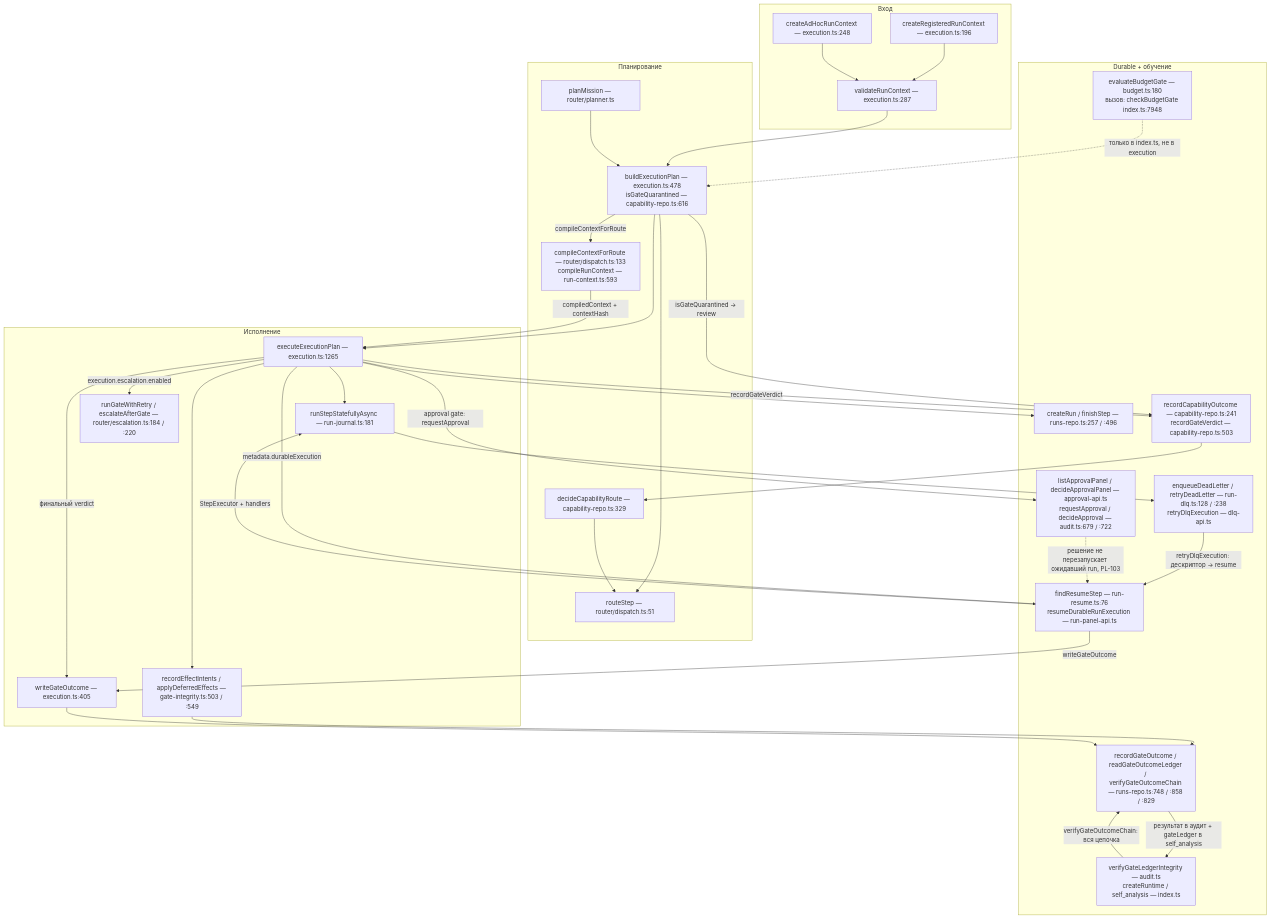
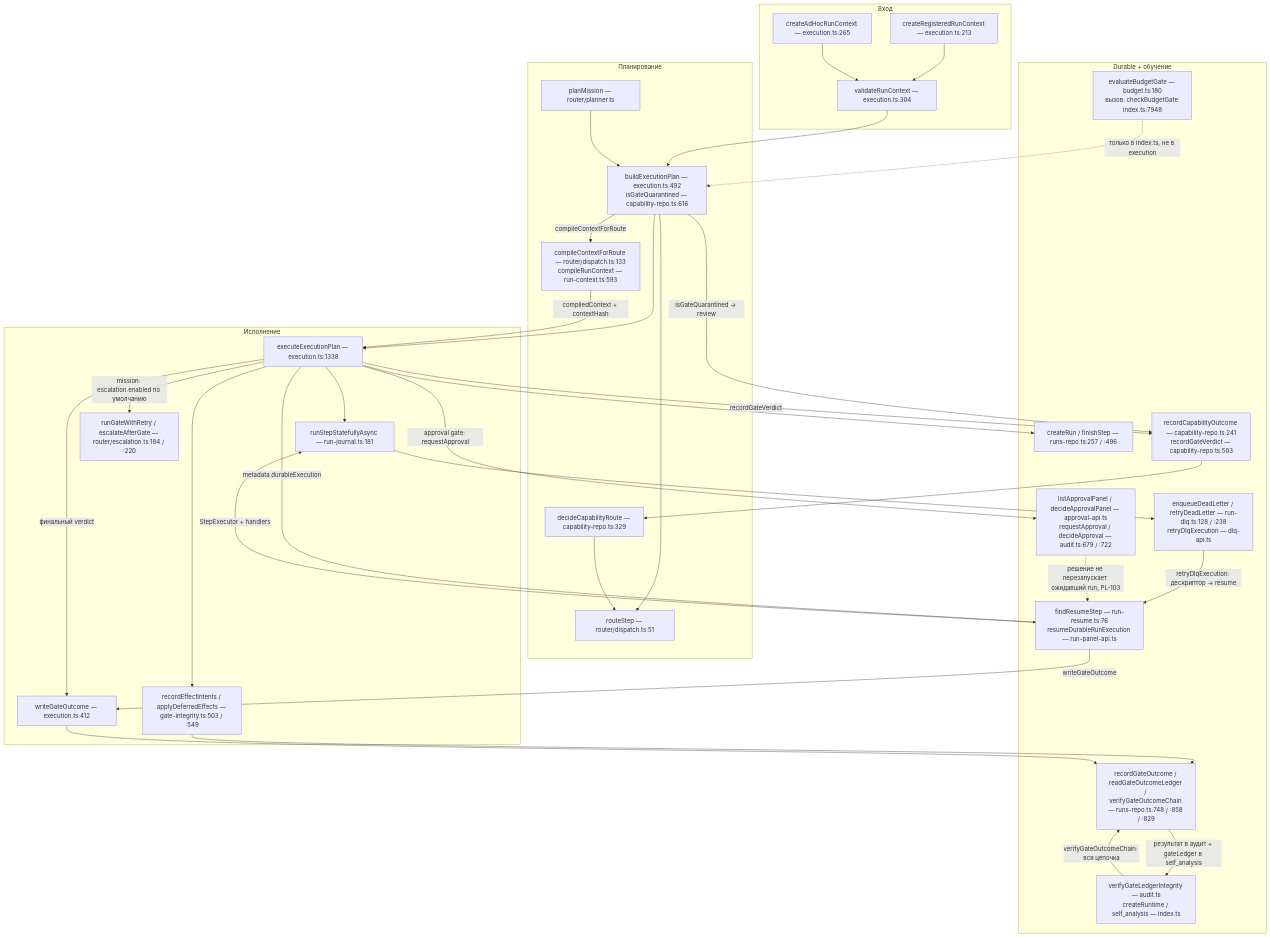
Before and after one commit to DeadSno/agent-steward: the third of 5 diagrams in docs/ARCHITECTURE-DIAGRAMS.md, drawn with Mermaid. The commit also changed other lines of this file and 6 other files, not shown here.

Commit message:
fix(escalation): enable gate and retry in mission path [PL-102]

````diff
--- a/docs/ARCHITECTURE-DIAGRAMS.md
+++ b/docs/ARCHITECTURE-DIAGRAMS.md
@@ -230,65 +230,65 @@
 ```mermaid
 flowchart TB
     subgraph entry["Вход"]
-        CR["createRegisteredRunContext — execution.ts:196"]
-        CAH["createAdHocRunContext — execution.ts:248"]
-        VRC["validateRunContext — execution.ts:287"]
+        CR["createRegisteredRunContext — execution.ts:213"]
+        CAH["createAdHocRunContext — execution.ts:265"]
+        VRC["validateRunContext — execution.ts:304"]
     end
 
     subgraph plan["Планирование"]
         PLAN["planMission — router/planner.ts"]
-        BP["buildExecutionPlan — execution.ts:478<br/>isGateQuarantined — capability-repo.ts:616"]
+        BP["buildExecutionPlan — execution.ts:492<br/>isGateQuarantined — capability-repo.ts:616"]
         ROUTE["routeStep — router/dispatch.ts:51"]
         DECIDE["decideCapabilityRoute — capability-repo.ts:329"]
         COMPILE["compileContextForRoute — router/dispatch.ts:133<br/>compileRunContext — run-context.ts:593"]
     end
 
     subgraph run["Исполнение"]
-        EXEC["executeExecutionPlan — execution.ts:1265"]
+        EXEC["executeExecutionPlan — execution.ts:1338"]
         JOUR["runStepStatefullyAsync — run-journal.ts:181"]
-        WG["writeGateOutcome — execution.ts:405"]
+        WG["writeGateOutcome — execution.ts:412"]
         GATE["runGateWithRetry / escalateAfterGate — router/escalation.ts:184 / :220"]
         EFFECT["recordEffectIntents / applyDeferredEffects — gate-integrity.ts:503 / :549"]
     end
 
     subgraph persist["Durable + обучение"]
         RUNS["createRun / finishStep — runs-repo.ts:257 / :496"]
         LEDGER["recordGateOutcome / readGateOutcomeLedger / verifyGateOutcomeChain — runs-repo.ts:748 / :858 / :829"]
         CAP["recordCapabilityOutcome — capability-repo.ts:241<br/>recordGateVerdict — capability-repo.ts:503"]
         RESUME["findResumeStep — run-resume.ts:76<br/>resumeDurableRunExecution — run-panel-api.ts"]
         DLQ["enqueueDeadLetter / retryDeadLetter — run-dlq.ts:128 / :238<br/>retryDlqExecution — dlq-api.ts"]
         APPR["listApprovalPanel / decideApprovalPanel — approval-api.ts<br/>requestApproval / decideApproval — audit.ts:679 / :722"]
         AUD["verifyGateLedgerIntegrity — audit.ts<br/>createRuntime / self_analysis — index.ts"]
         BUDGET["evaluateBudgetGate — budget.ts:180<br/>вызов: checkBudgetGate index.ts:7948"]
     end
 
     CR --> VRC
     CAH --> VRC
     VRC --> BP
     PLAN --> BP
     BP --> ROUTE
     DECIDE --> ROUTE
     BP --> EXEC
     EXEC --> RUNS
     EXEC --> JOUR
     EXEC --> EFFECT
     EFFECT --> LEDGER
     WG --> LEDGER
     CAP --> DECIDE
     JOUR --> DLQ
     DLQ -->|retryDlqExecution: дескриптор → resume| RESUME
     BUDGET -.->|только в index.ts, не в execution| BP
     BP -->|compileContextForRoute| COMPILE
     COMPILE -->|compiledContext + contextHash| EXEC
     BP -->|isGateQuarantined → review| CAP
-    EXEC -->|execution.escalation.enabled| GATE
+    EXEC -->|mission: escalation.enabled по умолчанию| GATE
     EXEC -->|recordGateVerdict| CAP
     EXEC -->|финальный verdict| WG
     EXEC -->|metadata.durableExecution| RESUME
     RESUME -->|StepExecutor + handlers| JOUR
     RESUME -->|writeGateOutcome| WG
     EXEC -->|approval gate: requestApproval| APPR
     APPR -.->|решение не перезапускает ожидавший run, PL-103| RESUME
     AUD -->|verifyGateOutcomeChain: вся цепочка| LEDGER
     LEDGER -->|результат в аудит + gateLedger в self_analysis| AUD
 ```
````
